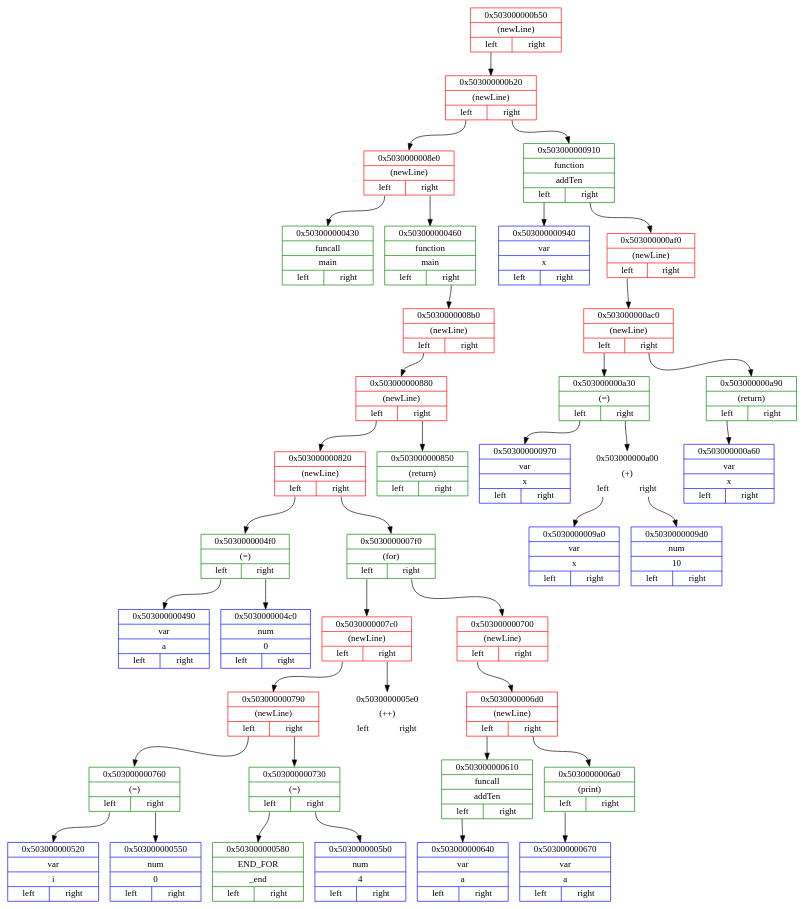
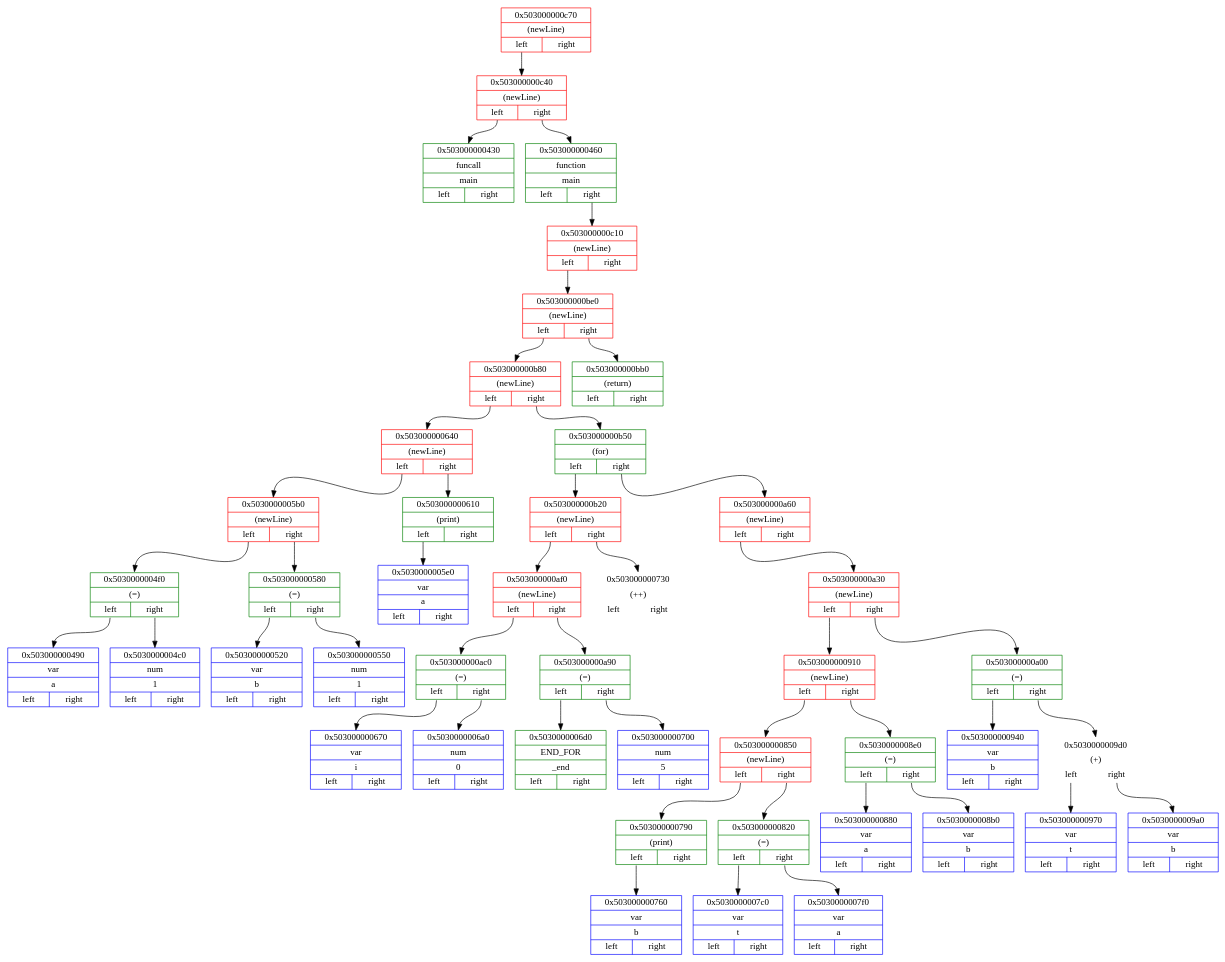
Before and after one commit to Matvey787/myProgLanguage: the diagram in dot_files/frontenedDotFile.dot, drawn with Graphviz. The commit also changed 15 other files, not shown here.

```diff
--- a/dot_files/frontenedDotFile.dot
+++ b/dot_files/frontenedDotFile.dot
@@ -2,81 +2,93 @@
 { 
 rankdir=HR;
 
-node0x503000000b50 [ shape=record, color = red rank = 1, label= "{ 0x503000000b50 | (newLine) |         {<n0x503000000b50_l> left | <n0x503000000b50_r> right}} " ];
-node0x503000000b20 [ shape=record, color = red rank = 2, label= "{ 0x503000000b20 | (newLine) |         {<n0x503000000b20_l> left | <n0x503000000b20_r> right}} " ];
-node0x5030000008e0 [ shape=record, color = red rank = 3, label= "{ 0x5030000008e0 | (newLine) |         {<n0x5030000008e0_l> left | <n0x5030000008e0_r> right}} " ];
-node0x503000000430 [ shape=record, color = green rank = 4, label= "{ 0x503000000430 | funcall | main |         {<n0x503000000430_l> left | <n0x503000000430_r> right}} " ];
-node0x5030000008e0:<n0x5030000008e0_l>:s -> node0x503000000430:n [ color = black; ]
-node0x503000000460 [ shape=record, color = green rank = 5, label= "{ 0x503000000460 | function | main |         {<n0x503000000460_l> left | <n0x503000000460_r> right}} " ];
-node0x5030000008b0 [ shape=record, color = red rank = 6, label= "{ 0x5030000008b0 | (newLine) |         {<n0x5030000008b0_l> left | <n0x5030000008b0_r> right}} " ];
-node0x503000000880 [ shape=record, color = red rank = 7, label= "{ 0x503000000880 | (newLine) |         {<n0x503000000880_l> left | <n0x503000000880_r> right}} " ];
-node0x503000000820 [ shape=record, color = red rank = 8, label= "{ 0x503000000820 | (newLine) |         {<n0x503000000820_l> left | <n0x503000000820_r> right}} " ];
-node0x5030000004f0 [ shape=record, color = green rank = 9, label= "{ 0x5030000004f0 | (=) |         {<n0x5030000004f0_l> left | <n0x5030000004f0_r> right}} " ];
-node0x503000000490 [ shape=record, color = blue rank = 10, label= "{ 0x503000000490 | var | a |         {<n0x503000000490_l> left | <n0x503000000490_r> right}} " ];
+node0x503000000c70 [ shape=record, color = red rank = 1, label= "{ 0x503000000c70 | (newLine) |         {<n0x503000000c70_l> left | <n0x503000000c70_r> right}} " ];
+node0x503000000c40 [ shape=record, color = red rank = 2, label= "{ 0x503000000c40 | (newLine) |         {<n0x503000000c40_l> left | <n0x503000000c40_r> right}} " ];
+node0x503000000430 [ shape=record, color = green rank = 3, label= "{ 0x503000000430 | funcall | main |         {<n0x503000000430_l> left | <n0x503000000430_r> right}} " ];
+node0x503000000c40:<n0x503000000c40_l>:s -> node0x503000000430:n [ color = black; ]
+node0x503000000460 [ shape=record, color = green rank = 4, label= "{ 0x503000000460 | function | main |         {<n0x503000000460_l> left | <n0x503000000460_r> right}} " ];
+node0x503000000c10 [ shape=record, color = red rank = 5, label= "{ 0x503000000c10 | (newLine) |         {<n0x503000000c10_l> left | <n0x503000000c10_r> right}} " ];
+node0x503000000be0 [ shape=record, color = red rank = 6, label= "{ 0x503000000be0 | (newLine) |         {<n0x503000000be0_l> left | <n0x503000000be0_r> right}} " ];
+node0x503000000b80 [ shape=record, color = red rank = 7, label= "{ 0x503000000b80 | (newLine) |         {<n0x503000000b80_l> left | <n0x503000000b80_r> right}} " ];
+node0x503000000640 [ shape=record, color = red rank = 8, label= "{ 0x503000000640 | (newLine) |         {<n0x503000000640_l> left | <n0x503000000640_r> right}} " ];
+node0x5030000005b0 [ shape=record, color = red rank = 9, label= "{ 0x5030000005b0 | (newLine) |         {<n0x5030000005b0_l> left | <n0x5030000005b0_r> right}} " ];
+node0x5030000004f0 [ shape=record, color = green rank = 10, label= "{ 0x5030000004f0 | (=) |         {<n0x5030000004f0_l> left | <n0x5030000004f0_r> right}} " ];
+node0x503000000490 [ shape=record, color = blue rank = 11, label= "{ 0x503000000490 | var | a |         {<n0x503000000490_l> left | <n0x503000000490_r> right}} " ];
 node0x5030000004f0:<n0x5030000004f0_l>:s -> node0x503000000490:n [ color = black; ]
-node0x5030000004c0 [ shape=record, color = blue rank = 11, label= "{ 0x5030000004c0 | num | 0 |         {<n0x5030000004c0_l> left | <n0x5030000004c0_r> right}} " ];
+node0x5030000004c0 [ shape=record, color = blue rank = 12, label= "{ 0x5030000004c0 | num | 1 |         {<n0x5030000004c0_l> left | <n0x5030000004c0_r> right}} " ];
 node0x5030000004f0:<n0x5030000004f0_r>:s -> node0x5030000004c0:n [ color = black; ]
-node0x503000000820:<n0x503000000820_l>:s -> node0x5030000004f0:n [ color = black; ]
-node0x5030000007f0 [ shape=record, color = green rank = 10, label= "{ 0x5030000007f0 | (for) |         {<n0x5030000007f0_l> left | <n0x5030000007f0_r> right}} " ];
-node0x5030000007c0 [ shape=record, color = red rank = 11, label= "{ 0x5030000007c0 | (newLine) |         {<n0x5030000007c0_l> left | <n0x5030000007c0_r> right}} " ];
-node0x503000000790 [ shape=record, color = red rank = 12, label= "{ 0x503000000790 | (newLine) |         {<n0x503000000790_l> left | <n0x503000000790_r> right}} " ];
-node0x503000000760 [ shape=record, color = green rank = 13, label= "{ 0x503000000760 | (=) |         {<n0x503000000760_l> left | <n0x503000000760_r> right}} " ];
-node0x503000000520 [ shape=record, color = blue rank = 14, label= "{ 0x503000000520 | var | i |         {<n0x503000000520_l> left | <n0x503000000520_r> right}} " ];
-node0x503000000760:<n0x503000000760_l>:s -> node0x503000000520:n [ color = black; ]
-node0x503000000550 [ shape=record, color = blue rank = 15, label= "{ 0x503000000550 | num | 0 |         {<n0x503000000550_l> left | <n0x503000000550_r> right}} " ];
-node0x503000000760:<n0x503000000760_r>:s -> node0x503000000550:n [ color = black; ]
+node0x5030000005b0:<n0x5030000005b0_l>:s -> node0x5030000004f0:n [ color = black; ]
+node0x503000000580 [ shape=record, color = green rank = 11, label= "{ 0x503000000580 | (=) |         {<n0x503000000580_l> left | <n0x503000000580_r> right}} " ];
+node0x503000000520 [ shape=record, color = blue rank = 12, label= "{ 0x503000000520 | var | b |         {<n0x503000000520_l> left | <n0x503000000520_r> right}} " ];
+node0x503000000580:<n0x503000000580_l>:s -> node0x503000000520:n [ color = black; ]
+node0x503000000550 [ shape=record, color = blue rank = 13, label= "{ 0x503000000550 | num | 1 |         {<n0x503000000550_l> left | <n0x503000000550_r> right}} " ];
+node0x503000000580:<n0x503000000580_r>:s -> node0x503000000550:n [ color = black; ]
+node0x5030000005b0:<n0x5030000005b0_r>:s -> node0x503000000580:n [ color = black; ]
+node0x503000000640:<n0x503000000640_l>:s -> node0x5030000005b0:n [ color = black; ]
+node0x503000000610 [ shape=record, color = green rank = 10, label= "{ 0x503000000610 | (print) |         {<n0x503000000610_l> left | <n0x503000000610_r> right}} " ];
+node0x5030000005e0 [ shape=record, color = blue rank = 11, label= "{ 0x5030000005e0 | var | a |         {<n0x5030000005e0_l> left | <n0x5030000005e0_r> right}} " ];
+node0x503000000610:<n0x503000000610_l>:s -> node0x5030000005e0:n [ color = black; ]
+node0x503000000640:<n0x503000000640_r>:s -> node0x503000000610:n [ color = black; ]
+node0x503000000b80:<n0x503000000b80_l>:s -> node0x503000000640:n [ color = black; ]
+node0x503000000b50 [ shape=record, color = green rank = 9, label= "{ 0x503000000b50 | (for) |         {<n0x503000000b50_l> left | <n0x503000000b50_r> right}} " ];
+node0x503000000b20 [ shape=record, color = red rank = 10, label= "{ 0x503000000b20 | (newLine) |         {<n0x503000000b20_l> left | <n0x503000000b20_r> right}} " ];
+node0x503000000af0 [ shape=record, color = red rank = 11, label= "{ 0x503000000af0 | (newLine) |         {<n0x503000000af0_l> left | <n0x503000000af0_r> right}} " ];
+node0x503000000ac0 [ shape=record, color = green rank = 12, label= "{ 0x503000000ac0 | (=) |         {<n0x503000000ac0_l> left | <n0x503000000ac0_r> right}} " ];
+node0x503000000670 [ shape=record, color = blue rank = 13, label= "{ 0x503000000670 | var | i |         {<n0x503000000670_l> left | <n0x503000000670_r> right}} " ];
+node0x503000000ac0:<n0x503000000ac0_l>:s -> node0x503000000670:n [ color = black; ]
+node0x5030000006a0 [ shape=record, color = blue rank = 14, label= "{ 0x5030000006a0 | num | 0 |         {<n0x5030000006a0_l> left | <n0x5030000006a0_r> right}} " ];
+node0x503000000ac0:<n0x503000000ac0_r>:s -> node0x5030000006a0:n [ color = black; ]
+node0x503000000af0:<n0x503000000af0_l>:s -> node0x503000000ac0:n [ color = black; ]
+node0x503000000a90 [ shape=record, color = green rank = 13, label= "{ 0x503000000a90 | (=) |         {<n0x503000000a90_l> left | <n0x503000000a90_r> right}} " ];
+node0x5030000006d0 [ shape=record, color = green rank = 14, label= "{ 0x5030000006d0 | END_FOR | _end |         {<n0x5030000006d0_l> left | <n0x5030000006d0_r> right}} " ];
+node0x503000000a90:<n0x503000000a90_l>:s -> node0x5030000006d0:n [ color = black; ]
+node0x503000000700 [ shape=record, color = blue rank = 15, label= "{ 0x503000000700 | num | 5 |         {<n0x503000000700_l> left | <n0x503000000700_r> right}} " ];
+node0x503000000a90:<n0x503000000a90_r>:s -> node0x503000000700:n [ color = black; ]
+node0x503000000af0:<n0x503000000af0_r>:s -> node0x503000000a90:n [ color = black; ]
+node0x503000000b20:<n0x503000000b20_l>:s -> node0x503000000af0:n [ color = black; ]
+node0x503000000730 [ shape=record, color = white rank = 12, label= "{ 0x503000000730 | (++) |         {<n0x503000000730_l> left | <n0x503000000730_r> right}} " ];
+node0x503000000b20:<n0x503000000b20_r>:s -> node0x503000000730:n [ color = black; ]
+node0x503000000b50:<n0x503000000b50_l>:s -> node0x503000000b20:n [ color = black; ]
+node0x503000000a60 [ shape=record, color = red rank = 11, label= "{ 0x503000000a60 | (newLine) |         {<n0x503000000a60_l> left | <n0x503000000a60_r> right}} " ];
+node0x503000000a30 [ shape=record, color = red rank = 12, label= "{ 0x503000000a30 | (newLine) |         {<n0x503000000a30_l> left | <n0x503000000a30_r> right}} " ];
+node0x503000000910 [ shape=record, color = red rank = 13, label= "{ 0x503000000910 | (newLine) |         {<n0x503000000910_l> left | <n0x503000000910_r> right}} " ];
+node0x503000000850 [ shape=record, color = red rank = 14, label= "{ 0x503000000850 | (newLine) |         {<n0x503000000850_l> left | <n0x503000000850_r> right}} " ];
+node0x503000000790 [ shape=record, color = green rank = 15, label= "{ 0x503000000790 | (print) |         {<n0x503000000790_l> left | <n0x503000000790_r> right}} " ];
+node0x503000000760 [ shape=record, color = blue rank = 16, label= "{ 0x503000000760 | var | b |         {<n0x503000000760_l> left | <n0x503000000760_r> right}} " ];
 node0x503000000790:<n0x503000000790_l>:s -> node0x503000000760:n [ color = black; ]
-node0x503000000730 [ shape=record, color = green rank = 14, label= "{ 0x503000000730 | (=) |         {<n0x503000000730_l> left | <n0x503000000730_r> right}} " ];
-node0x503000000580 [ shape=record, color = green rank = 15, label= "{ 0x503000000580 | END_FOR | _end |         {<n0x503000000580_l> left | <n0x503000000580_r> right}} " ];
-node0x503000000730:<n0x503000000730_l>:s -> node0x503000000580:n [ color = black; ]
-node0x5030000005b0 [ shape=record, color = blue rank = 16, label= "{ 0x5030000005b0 | num | 4 |         {<n0x5030000005b0_l> left | <n0x5030000005b0_r> right}} " ];
-node0x503000000730:<n0x503000000730_r>:s -> node0x5030000005b0:n [ color = black; ]
-node0x503000000790:<n0x503000000790_r>:s -> node0x503000000730:n [ color = black; ]
-node0x5030000007c0:<n0x5030000007c0_l>:s -> node0x503000000790:n [ color = black; ]
-node0x5030000005e0 [ shape=record, color = white rank = 13, label= "{ 0x5030000005e0 | (++) |         {<n0x5030000005e0_l> left | <n0x5030000005e0_r> right}} " ];
-node0x5030000007c0:<n0x5030000007c0_r>:s -> node0x5030000005e0:n [ color = black; ]
-node0x5030000007f0:<n0x5030000007f0_l>:s -> node0x5030000007c0:n [ color = black; ]
-node0x503000000700 [ shape=record, color = red rank = 12, label= "{ 0x503000000700 | (newLine) |         {<n0x503000000700_l> left | <n0x503000000700_r> right}} " ];
-node0x5030000006d0 [ shape=record, color = red rank = 13, label= "{ 0x5030000006d0 | (newLine) |         {<n0x5030000006d0_l> left | <n0x5030000006d0_r> right}} " ];
-node0x503000000610 [ shape=record, color = green rank = 14, label= "{ 0x503000000610 | funcall | addTen |         {<n0x503000000610_l> left | <n0x503000000610_r> right}} " ];
-node0x503000000640 [ shape=record, color = blue rank = 15, label= "{ 0x503000000640 | var | a |         {<n0x503000000640_l> left | <n0x503000000640_r> right}} " ];
-node0x503000000610:<n0x503000000610_l>:s -> node0x503000000640:n [ color = black; ]
-node0x5030000006d0:<n0x5030000006d0_l>:s -> node0x503000000610:n [ color = black; ]
-node0x5030000006a0 [ shape=record, color = green rank = 15, label= "{ 0x5030000006a0 | (print) |         {<n0x5030000006a0_l> left | <n0x5030000006a0_r> right}} " ];
-node0x503000000670 [ shape=record, color = blue rank = 16, label= "{ 0x503000000670 | var | a |         {<n0x503000000670_l> left | <n0x503000000670_r> right}} " ];
-node0x5030000006a0:<n0x5030000006a0_l>:s -> node0x503000000670:n [ color = black; ]
-node0x5030000006d0:<n0x5030000006d0_r>:s -> node0x5030000006a0:n [ color = black; ]
-node0x503000000700:<n0x503000000700_l>:s -> node0x5030000006d0:n [ color = black; ]
-node0x5030000007f0:<n0x5030000007f0_r>:s -> node0x503000000700:n [ color = black; ]
+node0x503000000850:<n0x503000000850_l>:s -> node0x503000000790:n [ color = black; ]
+node0x503000000820 [ shape=record, color = green rank = 16, label= "{ 0x503000000820 | (=) |         {<n0x503000000820_l> left | <n0x503000000820_r> right}} " ];
+node0x5030000007c0 [ shape=record, color = blue rank = 17, label= "{ 0x5030000007c0 | var | t |         {<n0x5030000007c0_l> left | <n0x5030000007c0_r> right}} " ];
+node0x503000000820:<n0x503000000820_l>:s -> node0x5030000007c0:n [ color = black; ]
+node0x5030000007f0 [ shape=record, color = blue rank = 18, label= "{ 0x5030000007f0 | var | a |         {<n0x5030000007f0_l> left | <n0x5030000007f0_r> right}} " ];
 node0x503000000820:<n0x503000000820_r>:s -> node0x5030000007f0:n [ color = black; ]
-node0x503000000880:<n0x503000000880_l>:s -> node0x503000000820:n [ color = black; ]
-node0x503000000850 [ shape=record, color = green rank = 9, label= "{ 0x503000000850 | (return) |         {<n0x503000000850_l> left | <n0x503000000850_r> right}} " ];
-node0x503000000880:<n0x503000000880_r>:s -> node0x503000000850:n [ color = black; ]
-node0x5030000008b0:<n0x5030000008b0_l>:s -> node0x503000000880:n [ color = black; ]
-node0x503000000460:<n0x503000000460_r>:s -> node0x5030000008b0:n [ color = black; ]
-node0x5030000008e0:<n0x5030000008e0_r>:s -> node0x503000000460:n [ color = black; ]
-node0x503000000b20:<n0x503000000b20_l>:s -> node0x5030000008e0:n [ color = black; ]
-node0x503000000910 [ shape=record, color = green rank = 4, label= "{ 0x503000000910 | function | addTen |         {<n0x503000000910_l> left | <n0x503000000910_r> right}} " ];
-node0x503000000940 [ shape=record, color = blue rank = 5, label= "{ 0x503000000940 | var | x |         {<n0x503000000940_l> left | <n0x503000000940_r> right}} " ];
-node0x503000000910:<n0x503000000910_l>:s -> node0x503000000940:n [ color = black; ]
-node0x503000000af0 [ shape=record, color = red rank = 6, label= "{ 0x503000000af0 | (newLine) |         {<n0x503000000af0_l> left | <n0x503000000af0_r> right}} " ];
-node0x503000000ac0 [ shape=record, color = red rank = 7, label= "{ 0x503000000ac0 | (newLine) |         {<n0x503000000ac0_l> left | <n0x503000000ac0_r> right}} " ];
-node0x503000000a30 [ shape=record, color = green rank = 8, label= "{ 0x503000000a30 | (=) |         {<n0x503000000a30_l> left | <n0x503000000a30_r> right}} " ];
-node0x503000000970 [ shape=record, color = blue rank = 9, label= "{ 0x503000000970 | var | x |         {<n0x503000000970_l> left | <n0x503000000970_r> right}} " ];
-node0x503000000a30:<n0x503000000a30_l>:s -> node0x503000000970:n [ color = black; ]
-node0x503000000a00 [ shape=record, color = white rank = 10, label= "{ 0x503000000a00 | (+) |         {<n0x503000000a00_l> left | <n0x503000000a00_r> right}} " ];
-node0x5030000009a0 [ shape=record, color = blue rank = 11, label= "{ 0x5030000009a0 | var | x |         {<n0x5030000009a0_l> left | <n0x5030000009a0_r> right}} " ];
-node0x503000000a00:<n0x503000000a00_l>:s -> node0x5030000009a0:n [ color = black; ]
-node0x5030000009d0 [ shape=record, color = blue rank = 12, label= "{ 0x5030000009d0 | num | 10 |         {<n0x5030000009d0_l> left | <n0x5030000009d0_r> right}} " ];
+node0x503000000850:<n0x503000000850_r>:s -> node0x503000000820:n [ color = black; ]
+node0x503000000910:<n0x503000000910_l>:s -> node0x503000000850:n [ color = black; ]
+node0x5030000008e0 [ shape=record, color = green rank = 15, label= "{ 0x5030000008e0 | (=) |         {<n0x5030000008e0_l> left | <n0x5030000008e0_r> right}} " ];
+node0x503000000880 [ shape=record, color = blue rank = 16, label= "{ 0x503000000880 | var | a |         {<n0x503000000880_l> left | <n0x503000000880_r> right}} " ];
+node0x5030000008e0:<n0x5030000008e0_l>:s -> node0x503000000880:n [ color = black; ]
+node0x5030000008b0 [ shape=record, color = blue rank = 17, label= "{ 0x5030000008b0 | var | b |         {<n0x5030000008b0_l> left | <n0x5030000008b0_r> right}} " ];
+node0x5030000008e0:<n0x5030000008e0_r>:s -> node0x5030000008b0:n [ color = black; ]
+node0x503000000910:<n0x503000000910_r>:s -> node0x5030000008e0:n [ color = black; ]
+node0x503000000a30:<n0x503000000a30_l>:s -> node0x503000000910:n [ color = black; ]
+node0x503000000a00 [ shape=record, color = green rank = 14, label= "{ 0x503000000a00 | (=) |         {<n0x503000000a00_l> left | <n0x503000000a00_r> right}} " ];
+node0x503000000940 [ shape=record, color = blue rank = 15, label= "{ 0x503000000940 | var | b |         {<n0x503000000940_l> left | <n0x503000000940_r> right}} " ];
+node0x503000000a00:<n0x503000000a00_l>:s -> node0x503000000940:n [ color = black; ]
+node0x5030000009d0 [ shape=record, color = white rank = 16, label= "{ 0x5030000009d0 | (+) |         {<n0x5030000009d0_l> left | <n0x5030000009d0_r> right}} " ];
+node0x503000000970 [ shape=record, color = blue rank = 17, label= "{ 0x503000000970 | var | t |         {<n0x503000000970_l> left | <n0x503000000970_r> right}} " ];
+node0x5030000009d0:<n0x5030000009d0_l>:s -> node0x503000000970:n [ color = black; ]
+node0x5030000009a0 [ shape=record, color = blue rank = 18, label= "{ 0x5030000009a0 | var | b |         {<n0x5030000009a0_l> left | <n0x5030000009a0_r> right}} " ];
+node0x5030000009d0:<n0x5030000009d0_r>:s -> node0x5030000009a0:n [ color = black; ]
 node0x503000000a00:<n0x503000000a00_r>:s -> node0x5030000009d0:n [ color = black; ]
 node0x503000000a30:<n0x503000000a30_r>:s -> node0x503000000a00:n [ color = black; ]
-node0x503000000ac0:<n0x503000000ac0_l>:s -> node0x503000000a30:n [ color = black; ]
-node0x503000000a90 [ shape=record, color = green rank = 9, label= "{ 0x503000000a90 | (return) |         {<n0x503000000a90_l> left | <n0x503000000a90_r> right}} " ];
-node0x503000000a60 [ shape=record, color = blue rank = 10, label= "{ 0x503000000a60 | var | x |         {<n0x503000000a60_l> left | <n0x503000000a60_r> right}} " ];
-node0x503000000a90:<n0x503000000a90_l>:s -> node0x503000000a60:n [ color = black; ]
-node0x503000000ac0:<n0x503000000ac0_r>:s -> node0x503000000a90:n [ color = black; ]
-node0x503000000af0:<n0x503000000af0_l>:s -> node0x503000000ac0:n [ color = black; ]
-node0x503000000910:<n0x503000000910_r>:s -> node0x503000000af0:n [ color = black; ]
-node0x503000000b20:<n0x503000000b20_r>:s -> node0x503000000910:n [ color = black; ]
-node0x503000000b50:<n0x503000000b50_l>:s -> node0x503000000b20:n [ color = black; ]
+node0x503000000a60:<n0x503000000a60_l>:s -> node0x503000000a30:n [ color = black; ]
+node0x503000000b50:<n0x503000000b50_r>:s -> node0x503000000a60:n [ color = black; ]
+node0x503000000b80:<n0x503000000b80_r>:s -> node0x503000000b50:n [ color = black; ]
+node0x503000000be0:<n0x503000000be0_l>:s -> node0x503000000b80:n [ color = black; ]
+node0x503000000bb0 [ shape=record, color = green rank = 8, label= "{ 0x503000000bb0 | (return) |         {<n0x503000000bb0_l> left | <n0x503000000bb0_r> right}} " ];
+node0x503000000be0:<n0x503000000be0_r>:s -> node0x503000000bb0:n [ color = black; ]
+node0x503000000c10:<n0x503000000c10_l>:s -> node0x503000000be0:n [ color = black; ]
+node0x503000000460:<n0x503000000460_r>:s -> node0x503000000c10:n [ color = black; ]
+node0x503000000c40:<n0x503000000c40_r>:s -> node0x503000000460:n [ color = black; ]
+node0x503000000c70:<n0x503000000c70_l>:s -> node0x503000000c40:n [ color = black; ]
 }
```
